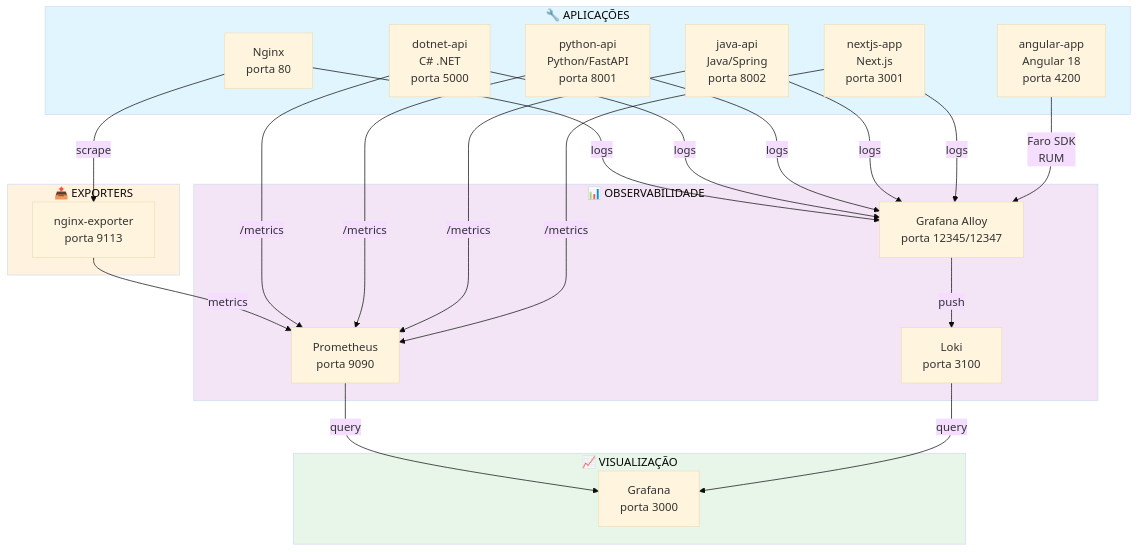
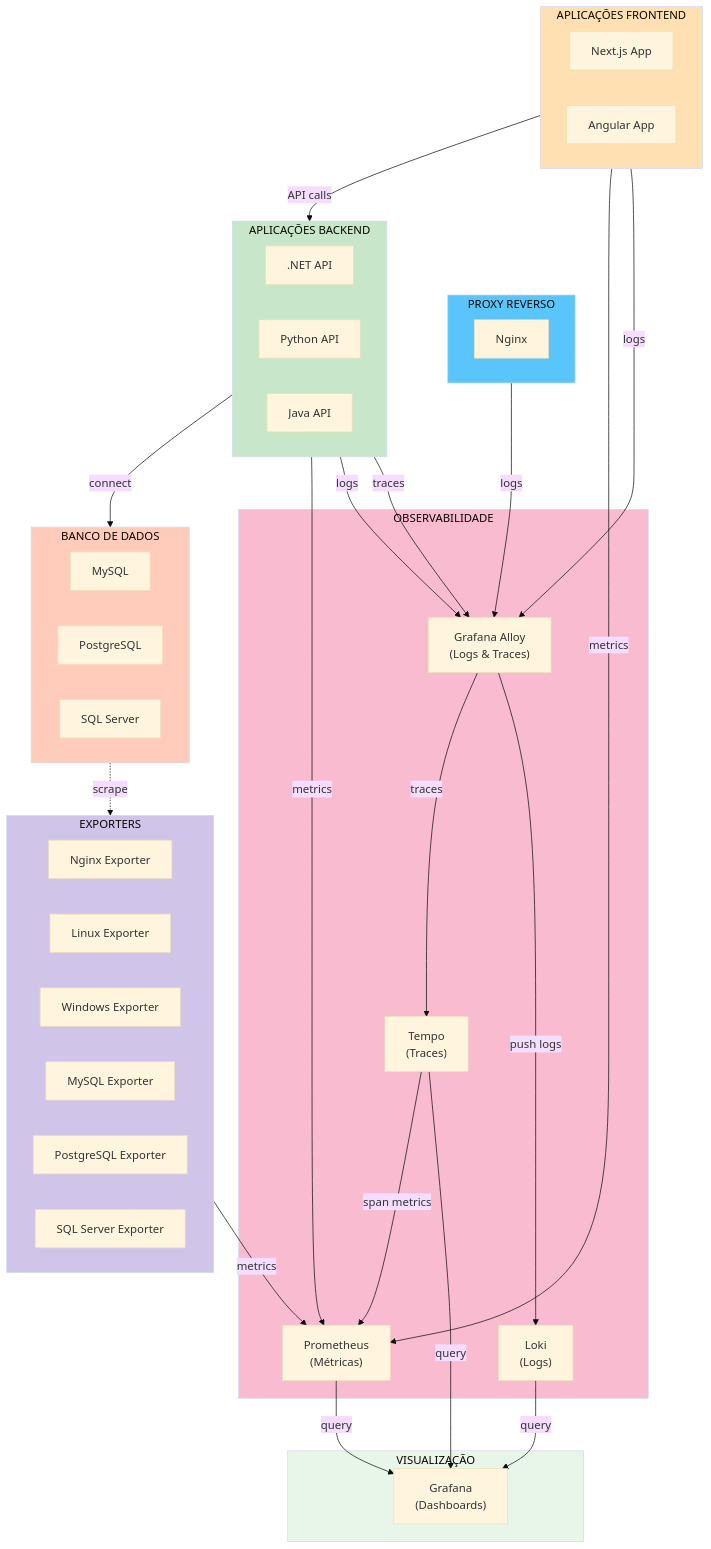
The diagram in README.md (ferronicardoso/laboratorio-observabilidade), drawn with Mermaid (base theme) before and after one commit. The commit also changed other lines of this file and 56 other files, not shown here.

First line of the commit message:
Add DB exporters, SQL Server, JPA/MySQL & tracing

````diff
--- a/README.md
+++ b/README.md
@@ -112,49 +113,75 @@
 ```mermaid
 graph TB
-   subgraph Applications["🔧 APLICAÇÕES"]
-      Nginx["Nginx<br/>porta 80"]
-      DotNet["dotnet-api<br/>C# .NET<br/>porta 5000"]
-      Python["python-api<br/>Python/FastAPI<br/>porta 8001"]
-      Java["java-api<br/>Java/Spring<br/>porta 8002"]
-      NextJS["nextjs-app<br/>Next.js<br/>porta 3001"]
-      Angular["angular-app<br/>Angular 18<br/>porta 4200"]
+   subgraph Databases["BANCO DE DADOS"]
+      MySql["MySQL"]
+      Postgres["PostgreSQL"]
+      MsSqlServer["SQL Server"]
    end
 
-   subgraph Exporters["📤 EXPORTERS"]
-      NginxExp["nginx-exporter<br/>porta 9113"]
+   subgraph ReverseProxy["PROXY REVERSO"]
+      Nginx["Nginx"]
    end
 
-   subgraph Observability["📊 OBSERVABILIDADE"]
-      Prometheus["Prometheus<br/>porta 9090"]
-      Loki["Loki<br/>porta 3100"]
-      Alloy["Grafana Alloy<br/>porta 12345/12347"]
+   subgraph Frontends["APLICAÇÕES FRONTEND"]
+      NextJS["Next.js App"]
+      Angular["Angular App"]
    end
 
-   subgraph Visualization["📈 VISUALIZAÇÃO"]
-      Grafana["Grafana<br/>porta 3000"]
+   subgraph Backends["APLICAÇÕES BACKEND"]
+      DotNet[".NET API"]
+      Python["Python API"]
+      Java["Java API"]
    end
 
-   Nginx -->|scrape| NginxExp
-   NginxExp -->|metrics| Prometheus
-   DotNet -->|/metrics| Prometheus
-   Python -->|/metrics| Prometheus
-   Java -->|/metrics| Prometheus
-   NextJS -->|/metrics| Prometheus
+   subgraph Exporters["EXPORTERS"]
+      NginxExp["Nginx Exporter"]
+      NodeExp["Linux Exporter"]
+      WinExp["Windows Exporter"]
+      MySqlExp["MySQL Exporter"]
+      PostgresExp["PostgreSQL Exporter"]
+      MsSqlServerExp["SQL Server Exporter"]
+   end
 
-   Nginx -->|logs| Alloy
-   DotNet -->|logs| Alloy
-   Python -->|logs| Alloy
-   Java -->|logs| Alloy
-   NextJS -->|logs| Alloy
-   Angular -->|Faro SDK<br/>RUM| Alloy
+   subgraph Observability["OBSERVABILIDADE"]
+      Prometheus["Prometheus<br/>(Métricas)"]
+      Loki["Loki<br/>(Logs)"]
+      Tempo["Tempo<br/>(Traces)"]
+      Alloy["Grafana Alloy<br/>(Logs & Traces)"]
+   end
 
-   Alloy -->|push| Loki
+   subgraph Visualization["VISUALIZAÇÃO"]
+      Grafana["Grafana<br/>(Dashboards)"]
+   end
+
+   Frontends -->|API calls| Backends
+   Backends -->|connect| Databases
+
+   Databases -.->|scrape| Exporters
+
+   Exporters -->|metrics| Prometheus
+   Backends -->|metrics| Prometheus
+   Frontends -->|metrics| Prometheus
+
+   ReverseProxy -->|logs| Alloy
+   Backends -->|logs| Alloy
+   Frontends -->|logs| Alloy
+
+   Backends -->|traces| Alloy
+
+   Alloy -->|traces| Tempo
+
+   Alloy -->|push logs| Loki
+   Tempo -->|span metrics| Prometheus
 
    Prometheus -->|query| Grafana
    Loki -->|query| Grafana
+   Tempo -->|query| Grafana
 
-   style Applications fill:#e1f5ff
-   style Exporters fill:#fff3e0
-   style Observability fill:#f3e5f5
+   style ReverseProxy fill:#5ac5fa
+   style Backends fill:#c8e6c9
+   style Frontends fill:#ffe0b2
+   style Exporters fill:#d1c4e9
+   style Observability fill:#f8bbd0
    style Visualization fill:#e8f5e9
+   style Databases fill:#ffccbc
 ```
````
